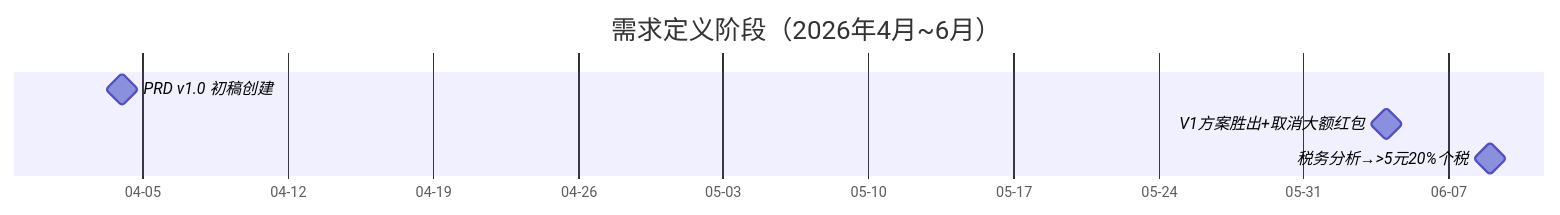
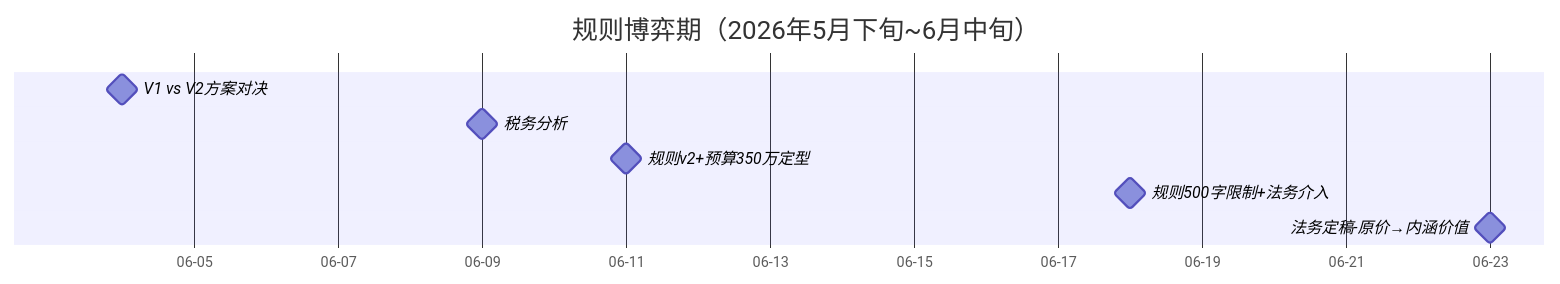
Before and after one commit to yingji945/obsidian-vault: the third of 5 diagrams in 项目沉淀/一物一码/07-项目全景/一物一码项目全生命周期地图.md, drawn with Mermaid. The commit also changed other lines of this file, not shown here.

Commit message:
重构：一物一码全生命周期地图→三轨并行版（业务+研发+数据），标注9个交叉影响节点⚡

````diff
--- a/项目沉淀/一物一码/07-项目全景/一物一码项目全生命周期地图.md
+++ b/项目沉淀/一物一码/07-项目全景/一物一码项目全生命周期地图.md
@@ -41,10 +102,12 @@
 ```mermaid
 gantt
-    title 需求定义阶段（2026年4月~6月）
+    title 规则博弈期（2026年5月下旬~6月中旬）
     dateFormat  YYYY-MM-DD
     axisFormat  %m-%d
-    
-    PRD v1.0 初稿创建           :milestone, 2026-04-04, 0d
-    V1方案胜出+取消大额红包      :milestone, 2026-06-04, 0d
-    税务分析→>5元20%个税        :milestone, 2026-06-09, 0d
+
+    V1 vs V2方案对决    :milestone, 2026-06-04, 0d
+    税务分析            :milestone, 2026-06-09, 0d
+    规则v2+预算350万定型 :milestone, 2026-06-11, 0d
+    规则500字限制+法务介入 :milestone, 2026-06-18, 0d
+    法务定稿-原价→内涵价值 :milestone, 2026-06-23, 0d
 ```
````
